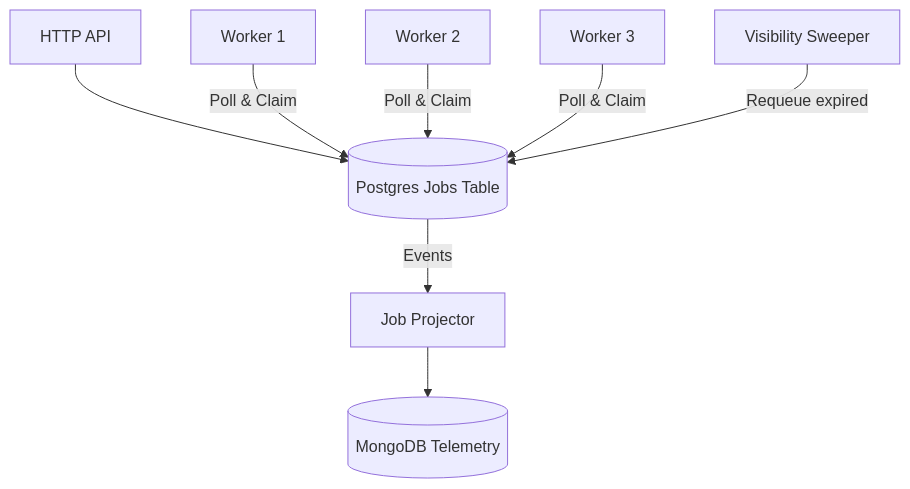
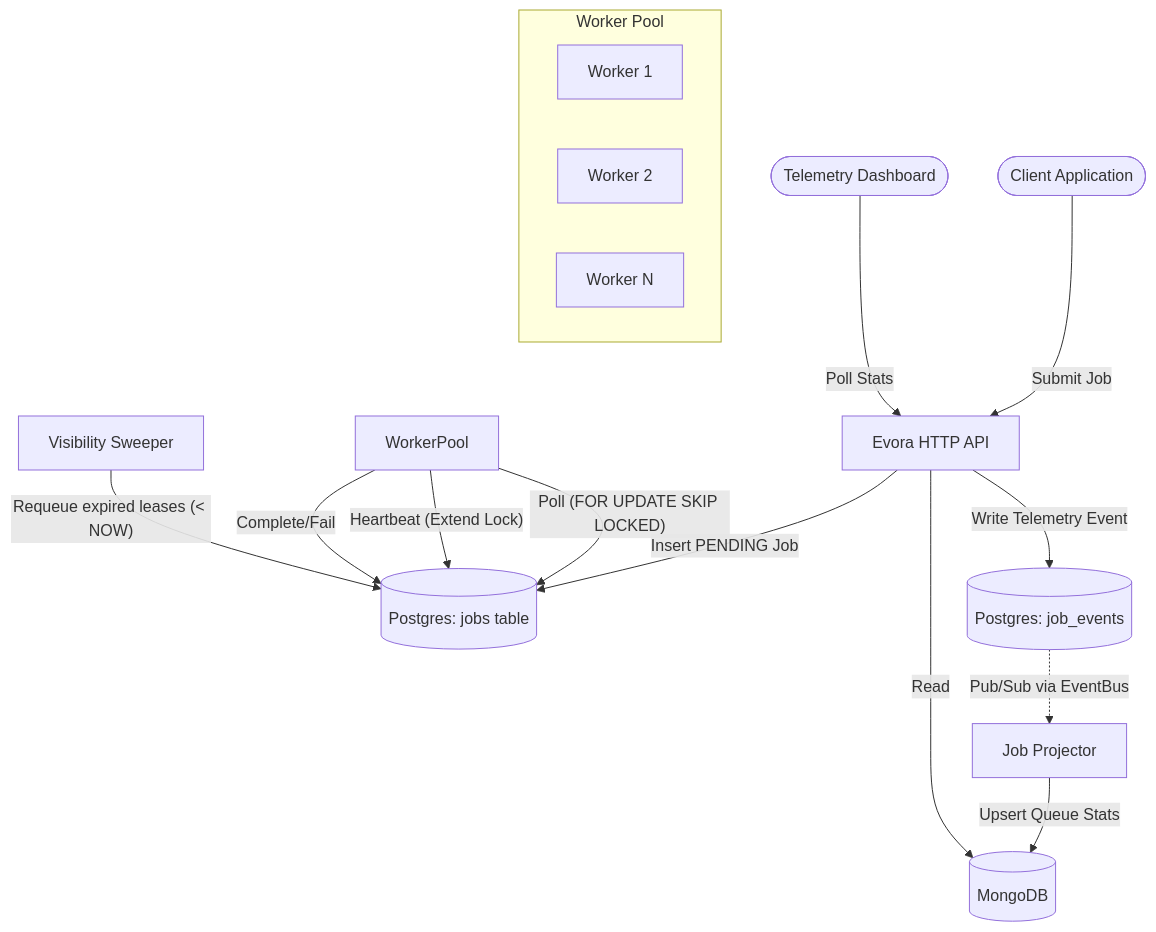
The first of 3 diagrams in README.md (jhanvi857/Evora), drawn with Mermaid before and after one commit. The commit also changed other lines of this file, not shown here.

Commit message:
add : more precise and accurate diagrams

````diff
--- a/README.md
+++ b/README.md
@@ -7,10 +7,24 @@
 ```mermaid
 graph TD
-    API[HTTP API] --> DB[(Postgres Jobs Table)]
-    Worker1[Worker 1] -->|Poll & Claim| DB
-    Worker2[Worker 2] -->|Poll & Claim| DB
-    Worker3[Worker 3] -->|Poll & Claim| DB
-    Sweeper[Visibility Sweeper] -->|Requeue expired| DB
-    DB -->|Events| Proj[Job Projector]
-    Proj --> Mongo[(MongoDB Telemetry)]
+    Client([Client Application]) -->|Submit Job| API[Evora HTTP API]
+    API -->|Insert PENDING Job| DB[(Postgres: jobs table)]
+    API -->|Write Telemetry Event| DB_Events[(Postgres: job_events)]
+    
+    subgraph "Worker Pool"
+        Worker1[Worker 1]
+        Worker2[Worker 2]
+        WorkerN[Worker N]
+    end
+    
+    WorkerPool --"Poll (FOR UPDATE SKIP LOCKED)"--> DB
+    WorkerPool --"Heartbeat (Extend Lock)"--> DB
+    WorkerPool --"Complete/Fail"--> DB
+    
+    Sweeper[Visibility Sweeper] -->|"Requeue expired leases (< NOW)"| DB
+    
+    DB_Events -.->|"Pub/Sub via EventBus"| Proj[Job Projector]
+    Proj -->|"Upsert Queue Stats"| Mongo[(MongoDB)]
+    
+    AdminUI([Telemetry Dashboard]) -->|"Poll Stats"| API
+    API -->|"Read"| Mongo
 ```
````
